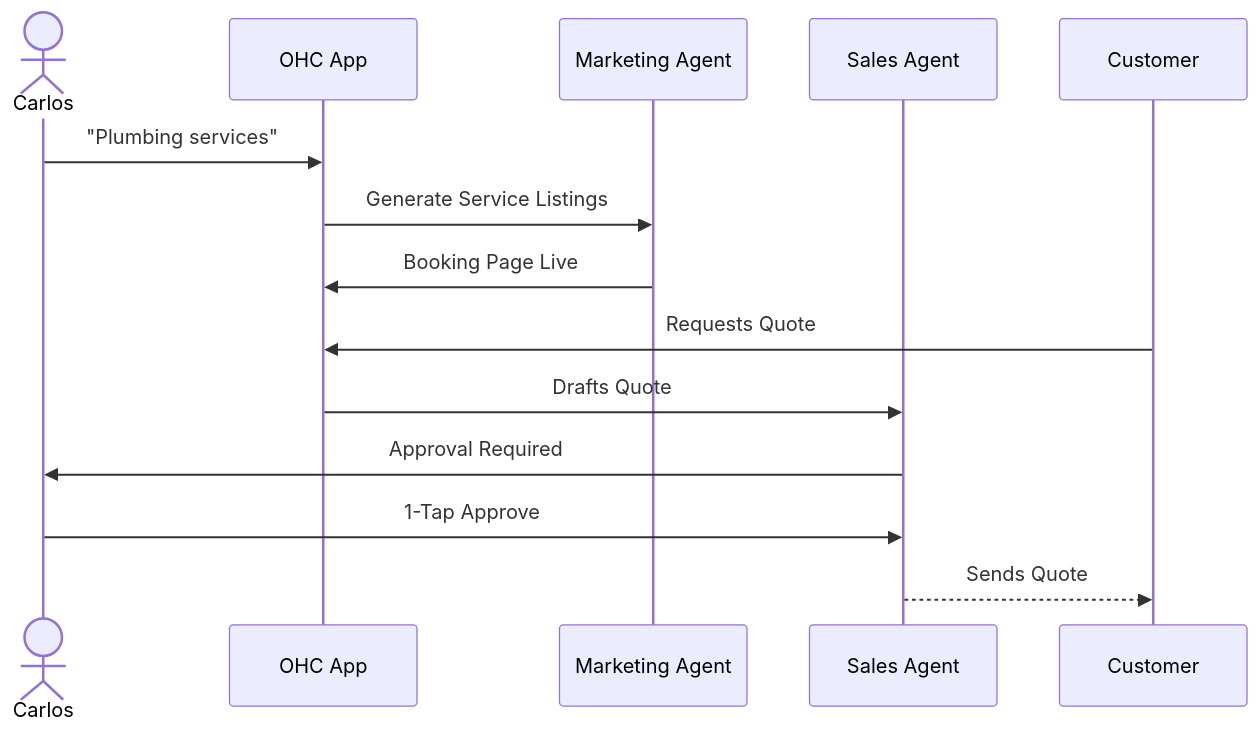
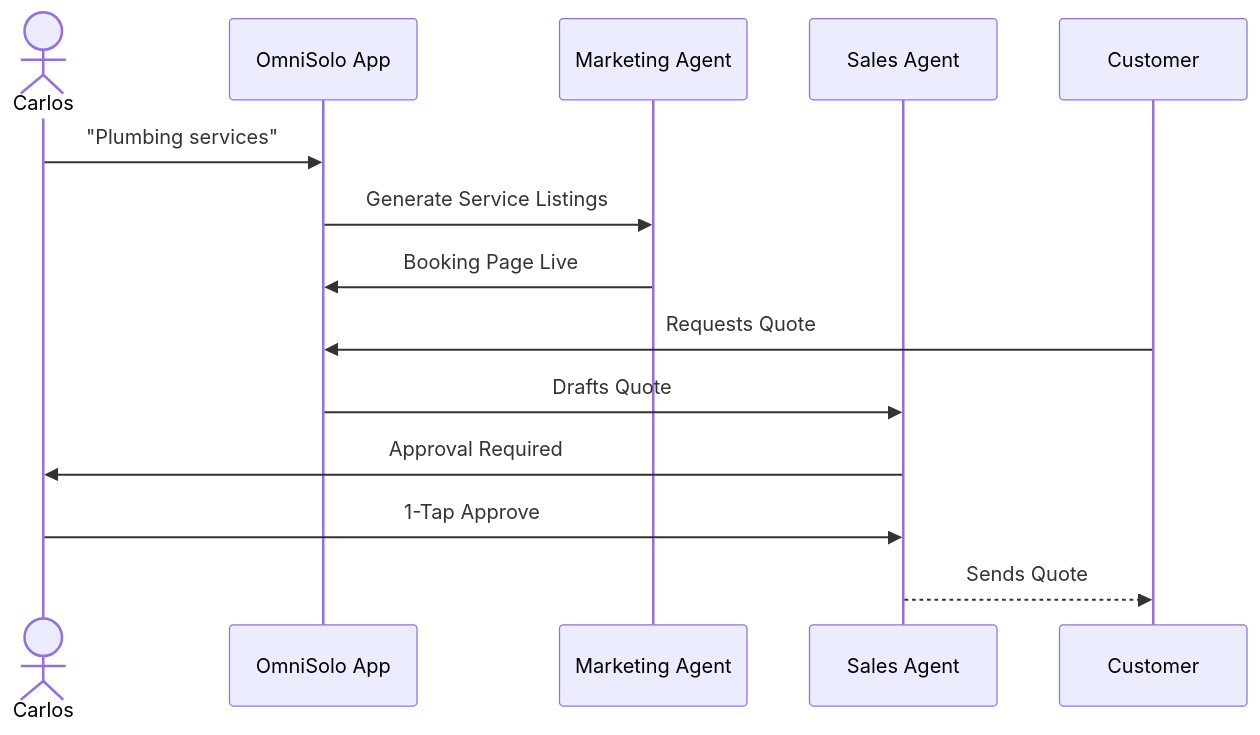
The second of 5 diagrams in docs/architecture/design_suite/complete_architecture_design_suite.md (omnisolo-llc/onehumancorp), drawn with Mermaid before and after one commit. The commit also changed other lines of this file and 2191 other files, not shown here.

Commit message:
feat: complete OmniSolo rename and browser audit

````diff
--- a/docs/architecture/design_suite/complete_architecture_design_suite.md
+++ b/docs/architecture/design_suite/complete_architecture_design_suite.md
@@ -52,16 +52,16 @@
 ```mermaid
 sequenceDiagram
     actor Carlos
-    participant OHC as OHC App
+    participant OmniSolo as OmniSolo App
     participant AI_Mark as Marketing Agent
     participant AI_Sales as Sales Agent
 
-    Carlos->>OHC: "Plumbing services"
-    OHC->>AI_Mark: Generate Service Listings
-    AI_Mark->>OHC: Booking Page Live
-    Customer->>OHC: Requests Quote
-    OHC->>AI_Sales: Drafts Quote
+    Carlos->>OmniSolo: "Plumbing services"
+    OmniSolo->>AI_Mark: Generate Service Listings
+    AI_Mark->>OmniSolo: Booking Page Live
+    Customer->>OmniSolo: Requests Quote
+    OmniSolo->>AI_Sales: Drafts Quote
     AI_Sales->>Carlos: Approval Required
     Carlos->>AI_Sales: 1-Tap Approve
     AI_Sales-->>Customer: Sends Quote
 ```
````
